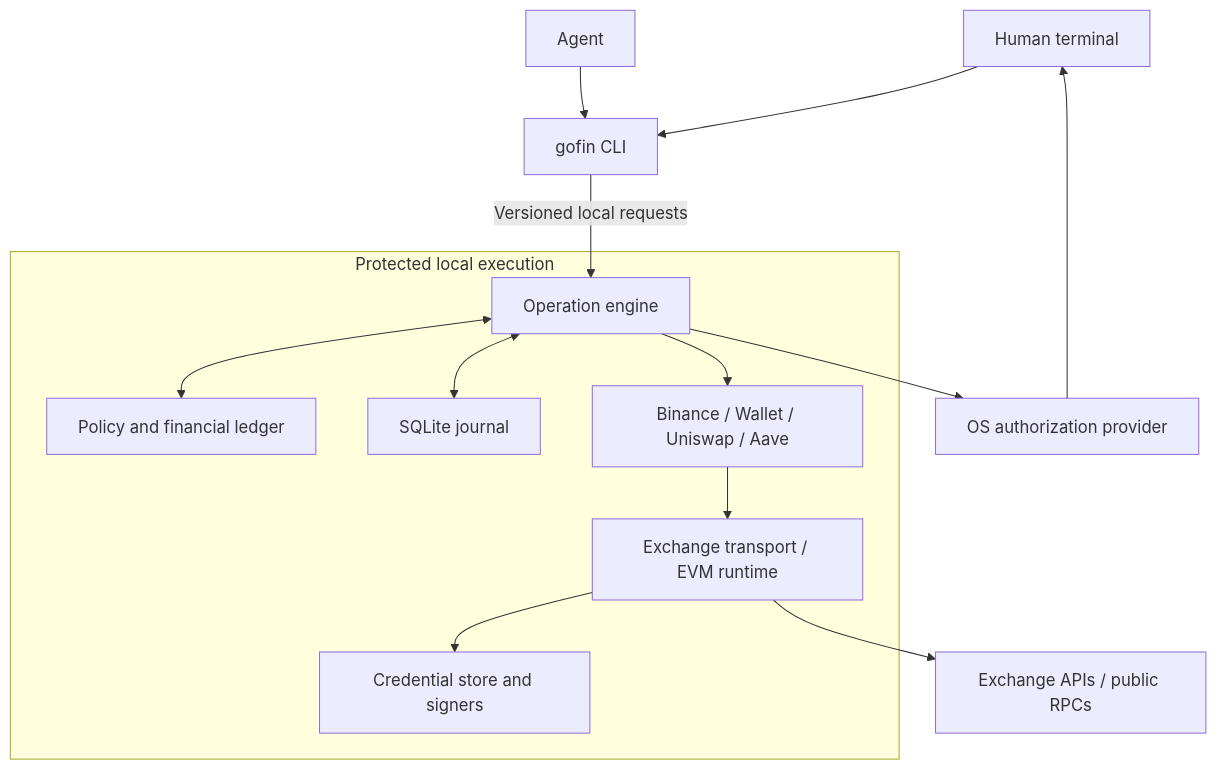
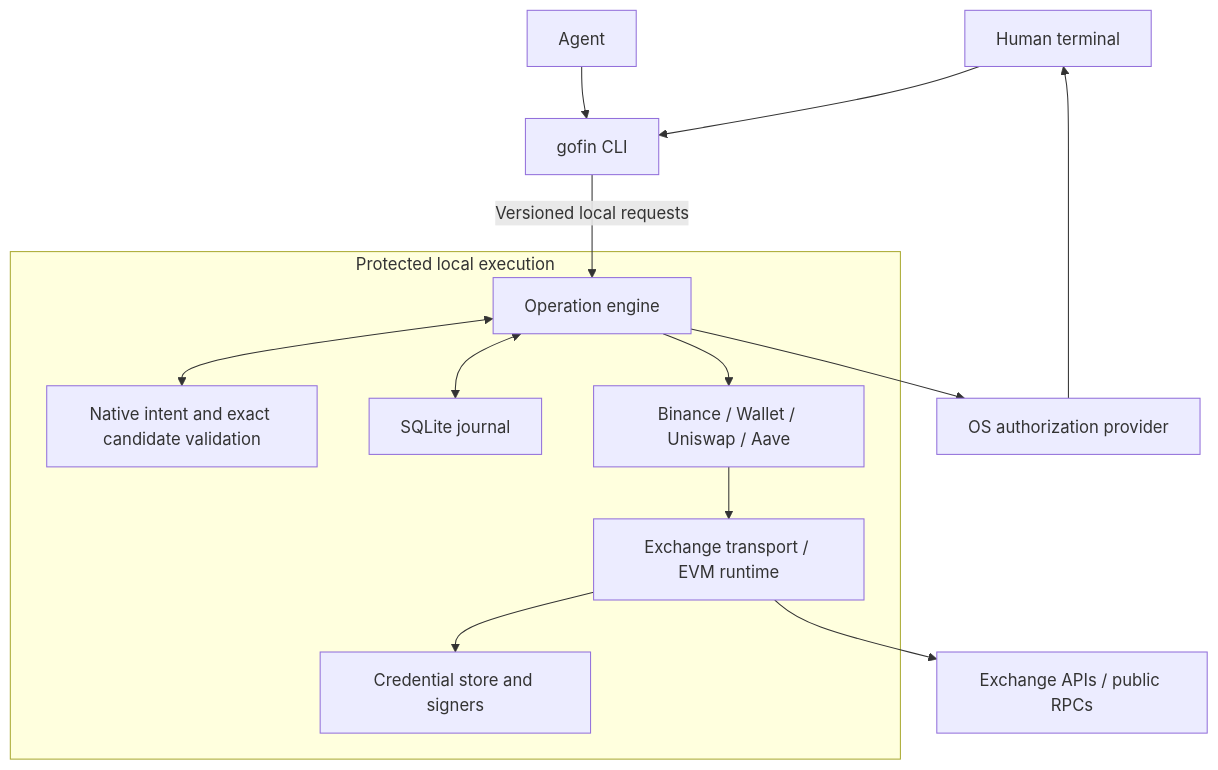
Before and after one commit to LimeChain/gofin-cli: the diagram in docs/rust-architecture.md, drawn with Mermaid. The commit also changed other lines of this file and 327 other files, not shown here.

Commit message:
Simplify execution around durable actions and native intent

````diff
--- a/docs/rust-architecture.md
+++ b/docs/rust-architecture.md
@@ -9,22 +9,22 @@
 ```mermaid
 flowchart TD
     Human[Human terminal] --> CLI[gofin CLI]
     Agent[Agent] --> CLI
     CLI -->|Versioned local requests| Engine
     subgraph Broker[Protected local execution]
         Engine[Operation engine]
-        Ledger[Policy and financial ledger]
+        Intent[Native intent and exact candidate validation]
         Journal[SQLite journal]
         Apps[Binance / Wallet / Uniswap / Aave]
         Runtime[Exchange transport / EVM runtime]
         Credentials[Credential store and signers]
-        Engine <--> Ledger
+        Engine <--> Intent
         Engine <--> Journal
         Engine --> Apps
         Apps --> Runtime
         Runtime --> Credentials
     end
     Engine --> Authorization[OS authorization provider]
     Authorization --> Human
     Runtime --> External[Exchange APIs / public RPCs]
 ```
````
